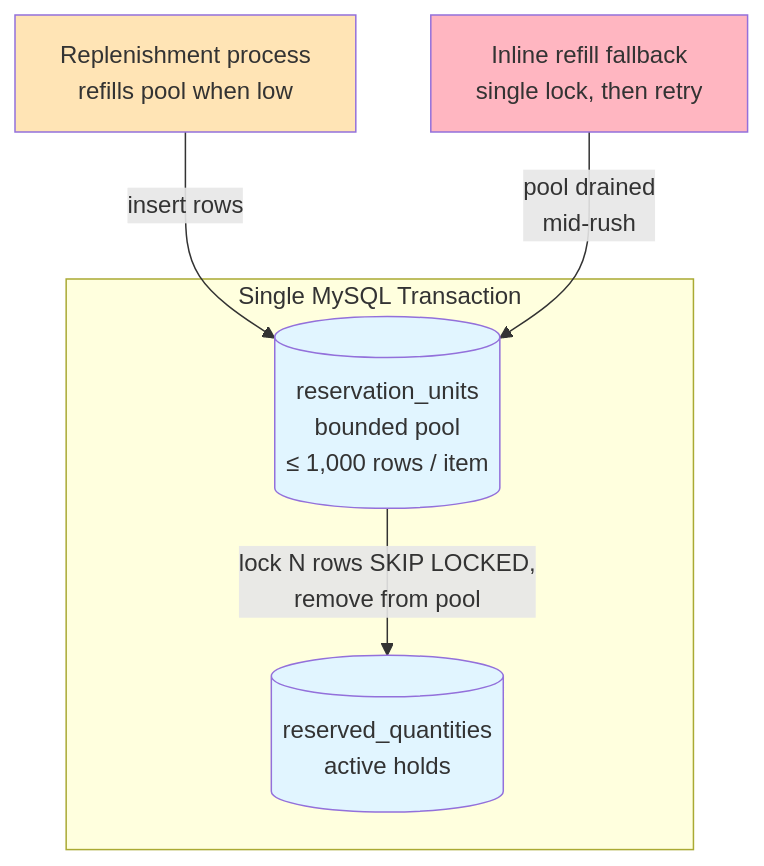
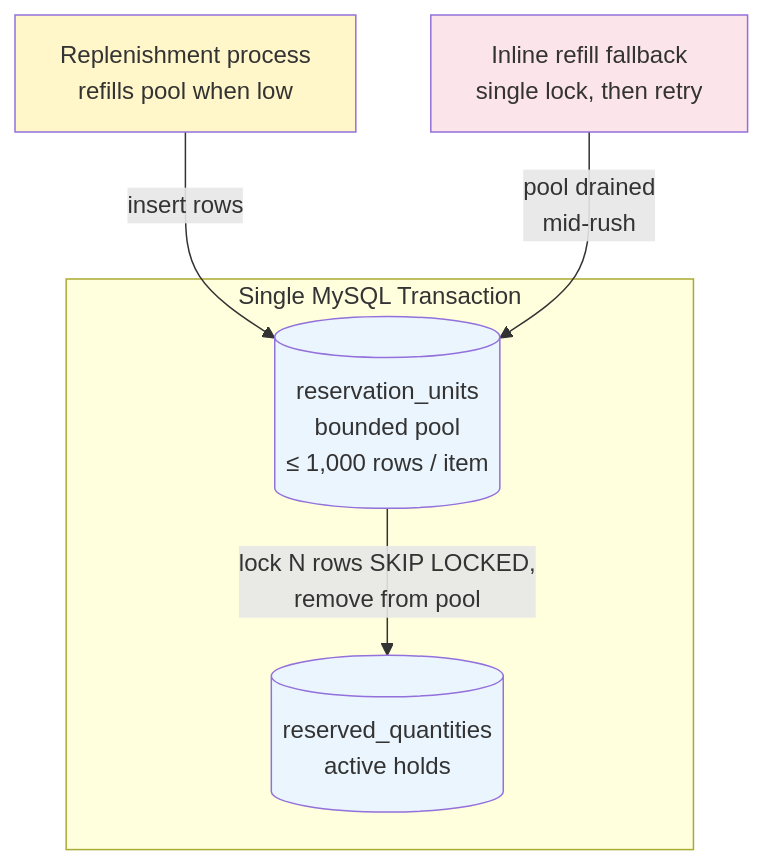
One commit to cartmancodes/InterviewVault changed the second of 2 diagrams in LLD/SystemDesign/IntheWild/HowShopifyMovedInventoryReservationsFromRedisToMysql.md. Above: the diagram before and after it, drawn with Mermaid. The commit also changed 679 other files, not shown here.

Commit message:
Unify content diagrams and add accessible visual walkthroughs

````diff
--- a/LLD/SystemDesign/IntheWild/HowShopifyMovedInventoryReservationsFromRedisToMysql.md
+++ b/LLD/SystemDesign/IntheWild/HowShopifyMovedInventoryReservationsFromRedisToMysql.md
@@ -118,15 +118,15 @@
 ```mermaid
 graph TB
     subgraph "Single MySQL Transaction"
         RU[(reservation_units<br/>bounded pool<br/>≤ 1,000 rows / item)]
         RQ[(reserved_quantities<br/>active holds)]
         RU -->|"lock N rows SKIP LOCKED,<br/>remove from pool"| RQ
     end
     REP["Replenishment process<br/>refills pool when low"] -->|"insert rows"| RU
     INLINE["Inline refill fallback<br/>single lock, then retry"] -->|"pool drained<br/>mid-rush"| RU
 
-    style RU fill:#e1f5ff
-    style RQ fill:#e1f5ff
-    style REP fill:#FFE4B5
-    style INLINE fill:#FFB6C1
+    style RU fill:#EAF5FD
+    style RQ fill:#EAF5FD
+    style REP fill:#FFF6C9
+    style INLINE fill:#FCE5EA
 ```
````
